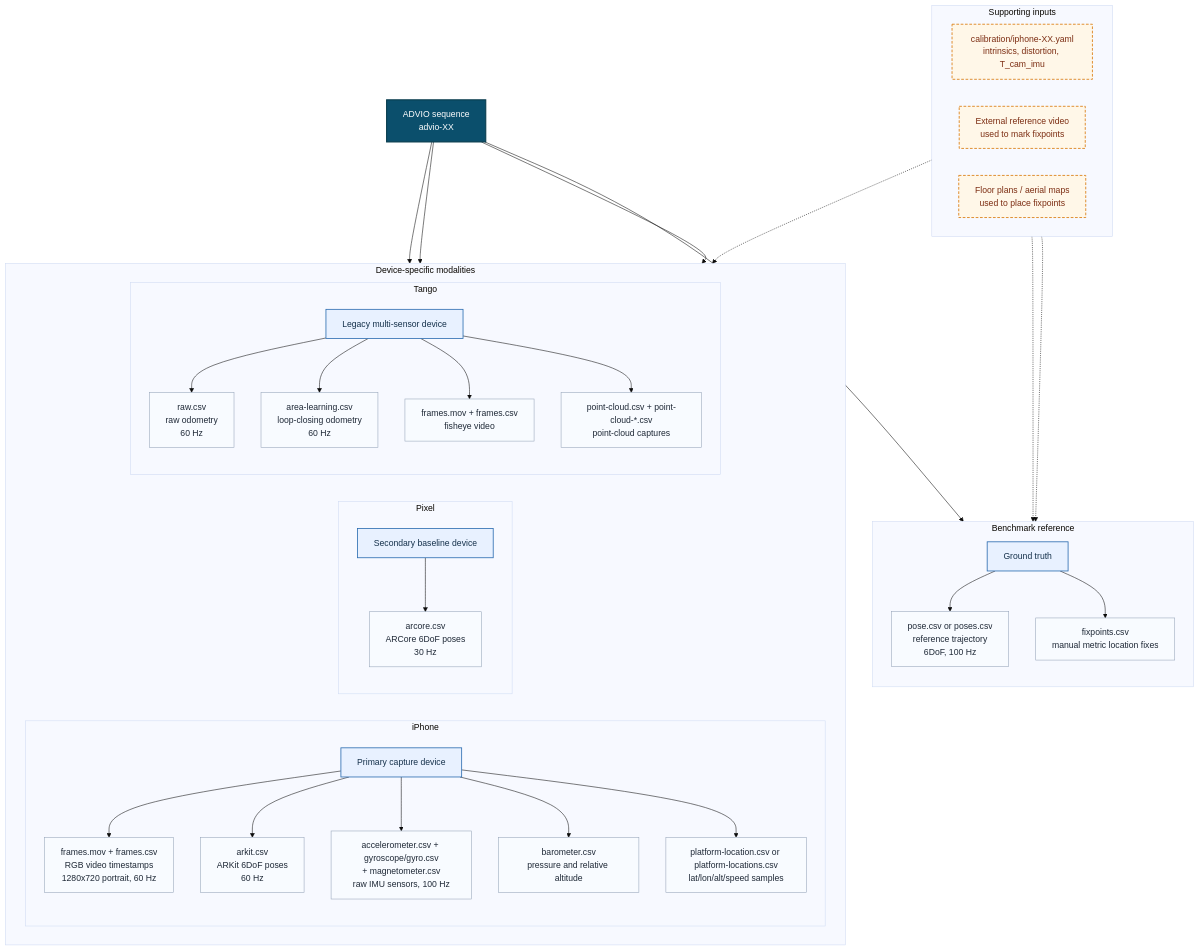
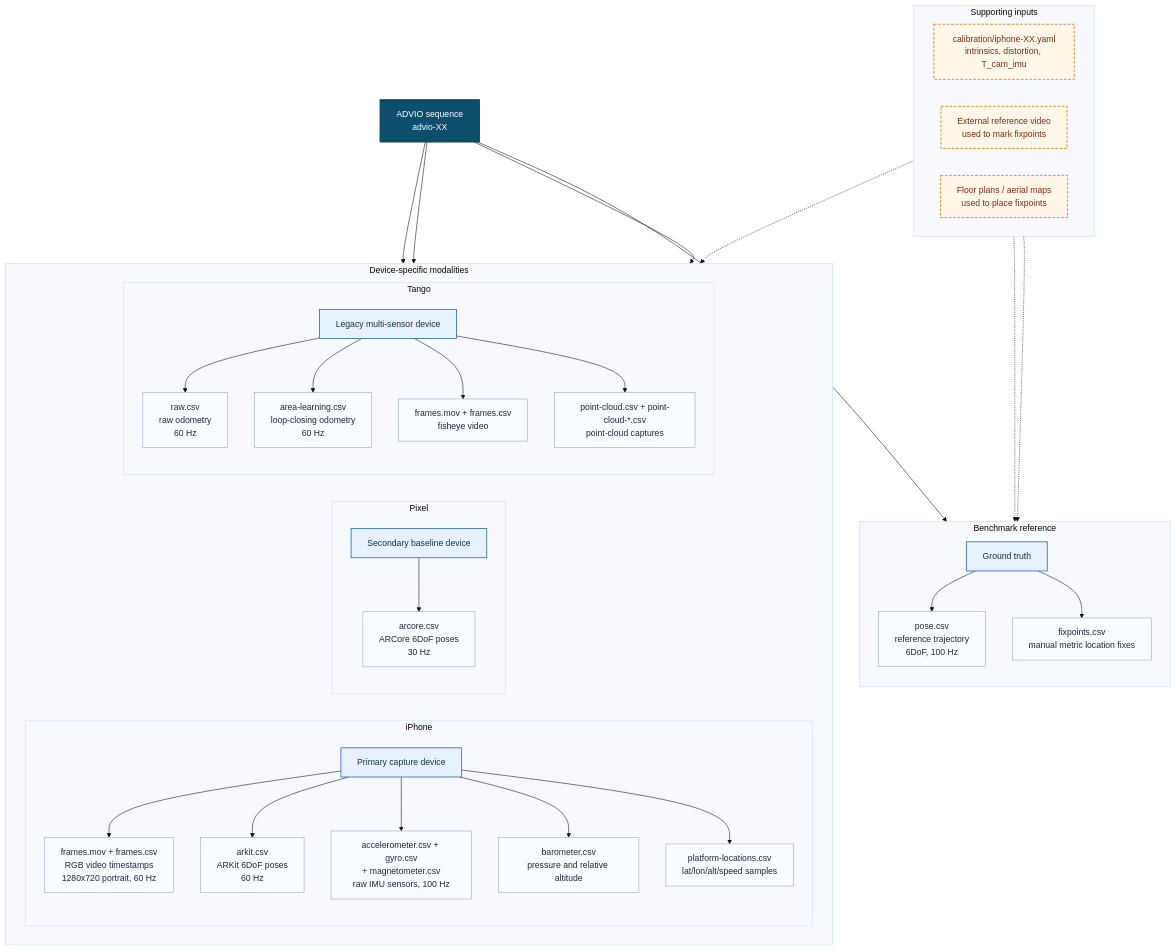
Before and after one commit to JanDuchscherer104/prml-vslam: the diagram in docs/figures/mermaid/advio-modalities-overview.mmd, drawn with Mermaid (base theme). The commit also changed 6 other files, not shown here.

```diff
--- a/docs/figures/mermaid/advio-modalities-overview.mmd
+++ b/docs/figures/mermaid/advio-modalities-overview.mmd
@@ -1,90 +1,90 @@
 flowchart TB
   A["ADVIO sequence<br/>advio-XX"]
 
   subgraph REF["Benchmark reference"]
     direction TB
     GT["Ground truth"]
-    GTP["pose.csv or poses.csv<br/>reference trajectory<br/>6DoF, 100 Hz"]
+    GTP["pose.csv<br/>reference trajectory<br/>6DoF, 100 Hz"]
     GTF["fixpoints.csv<br/>manual metric location fixes"]
     GT --> GTP
     GT --> GTF
   end
 
   subgraph DEV["Device-specific modalities"]
     direction LR
 
     subgraph IPG["iPhone"]
       direction TB
       IP["Primary capture device"]
       IPV["frames.mov + frames.csv<br/>RGB video timestamps<br/>1280x720 portrait, 60 Hz"]
       IPA["arkit.csv<br/>ARKit 6DoF poses<br/>60 Hz"]
-      IPIMU["accelerometer.csv + gyroscope/gyro.csv<br/>+ magnetometer.csv<br/>raw IMU sensors, 100 Hz"]
+      IPIMU["accelerometer.csv + gyro.csv<br/>+ magnetometer.csv<br/>raw IMU sensors, 100 Hz"]
       IPB["barometer.csv<br/>pressure and relative altitude"]
-      IPL["platform-location.csv or platform-locations.csv<br/>lat/lon/alt/speed samples"]
+      IPL["platform-locations.csv<br/>lat/lon/alt/speed samples"]
       IP --> IPV
       IP --> IPA
       IP --> IPIMU
       IP --> IPB
       IP --> IPL
     end
 
     subgraph PXG["Pixel"]
       direction TB
       PX["Secondary baseline device"]
       PXA["arcore.csv<br/>ARCore 6DoF poses<br/>30 Hz"]
       PX --> PXA
     end
 
     subgraph TGG["Tango"]
       direction TB
       TG["Legacy multi-sensor device"]
       TGR["raw.csv<br/>raw odometry<br/>60 Hz"]
       TGA["area-learning.csv<br/>loop-closing odometry<br/>60 Hz"]
       TGV["frames.mov + frames.csv<br/>fisheye video"]
       TGP["point-cloud.csv + point-cloud-*.csv<br/>point-cloud captures"]
       TG --> TGR
       TG --> TGA
       TG --> TGV
       TG --> TGP
     end
   end
 
   subgraph AUX["Supporting inputs"]
     direction LR
     CAL["calibration/iphone-XX.yaml<br/>intrinsics, distortion, T_cam_imu"]
     RV["External reference video<br/>used to mark fixpoints"]
     FP["Floor plans / aerial maps<br/>used to place fixpoints"]
   end
 
   A --> GT
   A --> IP
   A --> PX
   A --> TG
 
   CAL -.-> IP
   RV -.-> GTF
   FP -.-> GTF
 
   style A fill:#0b4f6c,stroke:#083b4c,color:#ffffff,stroke-width:2px
 
   style GT fill:#e8f1ff,stroke:#2b6cb0,color:#15314b,stroke-width:1.5px
   style IP fill:#e8f1ff,stroke:#2b6cb0,color:#15314b,stroke-width:1.5px
   style PX fill:#e8f1ff,stroke:#2b6cb0,color:#15314b,stroke-width:1.5px
   style TG fill:#e8f1ff,stroke:#2b6cb0,color:#15314b,stroke-width:1.5px
 
   style GTP fill:#f8fbff,stroke:#94a3b8,color:#1f2937
   style GTF fill:#f8fbff,stroke:#94a3b8,color:#1f2937
   style IPV fill:#f8fbff,stroke:#94a3b8,color:#1f2937
   style IPA fill:#f8fbff,stroke:#94a3b8,color:#1f2937
   style IPIMU fill:#f8fbff,stroke:#94a3b8,color:#1f2937
   style IPB fill:#f8fbff,stroke:#94a3b8,color:#1f2937
   style IPL fill:#f8fbff,stroke:#94a3b8,color:#1f2937
   style PXA fill:#f8fbff,stroke:#94a3b8,color:#1f2937
   style TGR fill:#f8fbff,stroke:#94a3b8,color:#1f2937
   style TGA fill:#f8fbff,stroke:#94a3b8,color:#1f2937
   style TGV fill:#f8fbff,stroke:#94a3b8,color:#1f2937
   style TGP fill:#f8fbff,stroke:#94a3b8,color:#1f2937
 
   style CAL fill:#fff7e8,stroke:#d97706,color:#7c2d12,stroke-width:1.5px,stroke-dasharray:5 3
   style RV fill:#fff7e8,stroke:#d97706,color:#7c2d12,stroke-width:1.5px,stroke-dasharray:5 3
   style FP fill:#fff7e8,stroke:#d97706,color:#7c2d12,stroke-width:1.5px,stroke-dasharray:5 3
```
